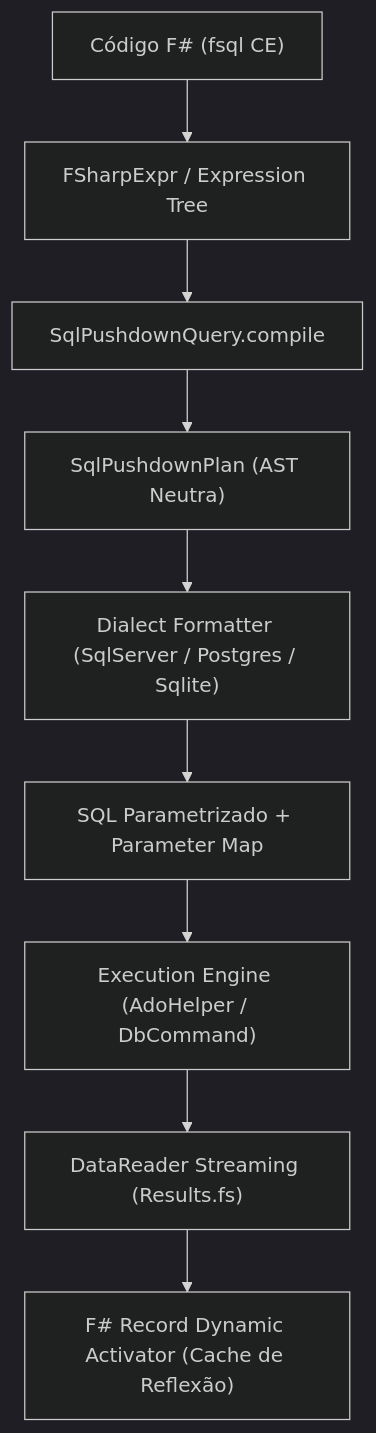
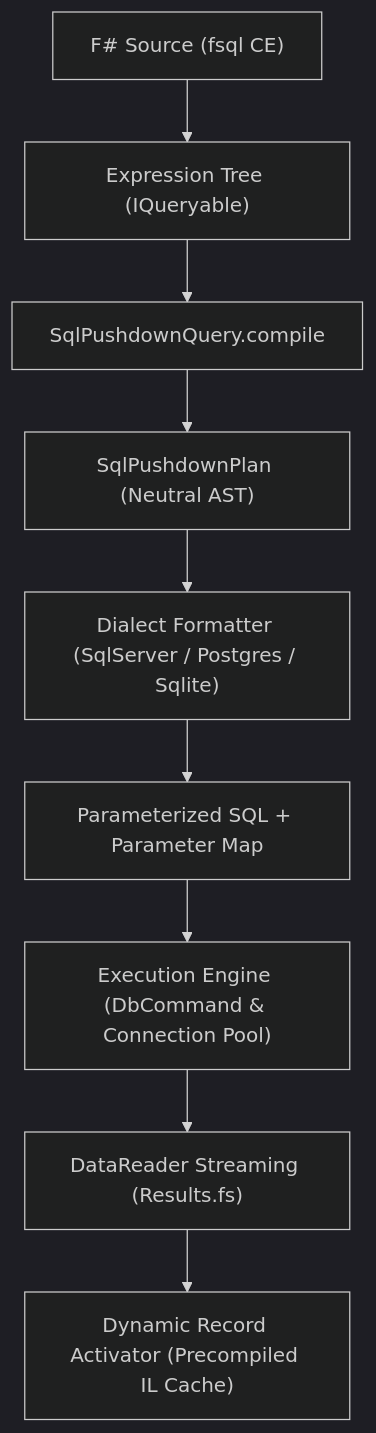
One commit to Matheusleal/fs-query-studio changed the diagram in docs/FSQL_LANGUAGE_SPECIFICATION.md. Above: the diagram before and after it, drawn with Mermaid (dark theme). The commit also changed other lines of this file and 1 other file, not shown here.

Commit message:
docs: translate FSQL internal language specification to English

````diff
--- a/docs/FSQL_LANGUAGE_SPECIFICATION.md
+++ b/docs/FSQL_LANGUAGE_SPECIFICATION.md
@@ -203,11 +204,11 @@
 ```mermaid
 flowchart TD
-    A["Código F# (fsql CE)"] --> B["FSharpExpr / Expression Tree"]
+    A["F# Source (fsql CE)"] --> B["Expression Tree (IQueryable)"]
     B --> C["SqlPushdownQuery.compile"]
-    C --> D["SqlPushdownPlan (AST Neutra)"]
+    C --> D["SqlPushdownPlan (Neutral AST)"]
     D --> E["Dialect Formatter (SqlServer / Postgres / Sqlite)"]
-    E --> F["SQL Parametrizado + Parameter Map"]
-    F --> G["Execution Engine (AdoHelper / DbCommand)"]
+    E --> F["Parameterized SQL + Parameter Map"]
+    F --> G["Execution Engine (DbCommand & Connection Pool)"]
     G --> H["DataReader Streaming (Results.fs)"]
-    H --> I["F# Record Dynamic Activator (Cache de Reflexão)"]
+    H --> I["Dynamic Record Activator (Precompiled IL Cache)"]
 ```
````
